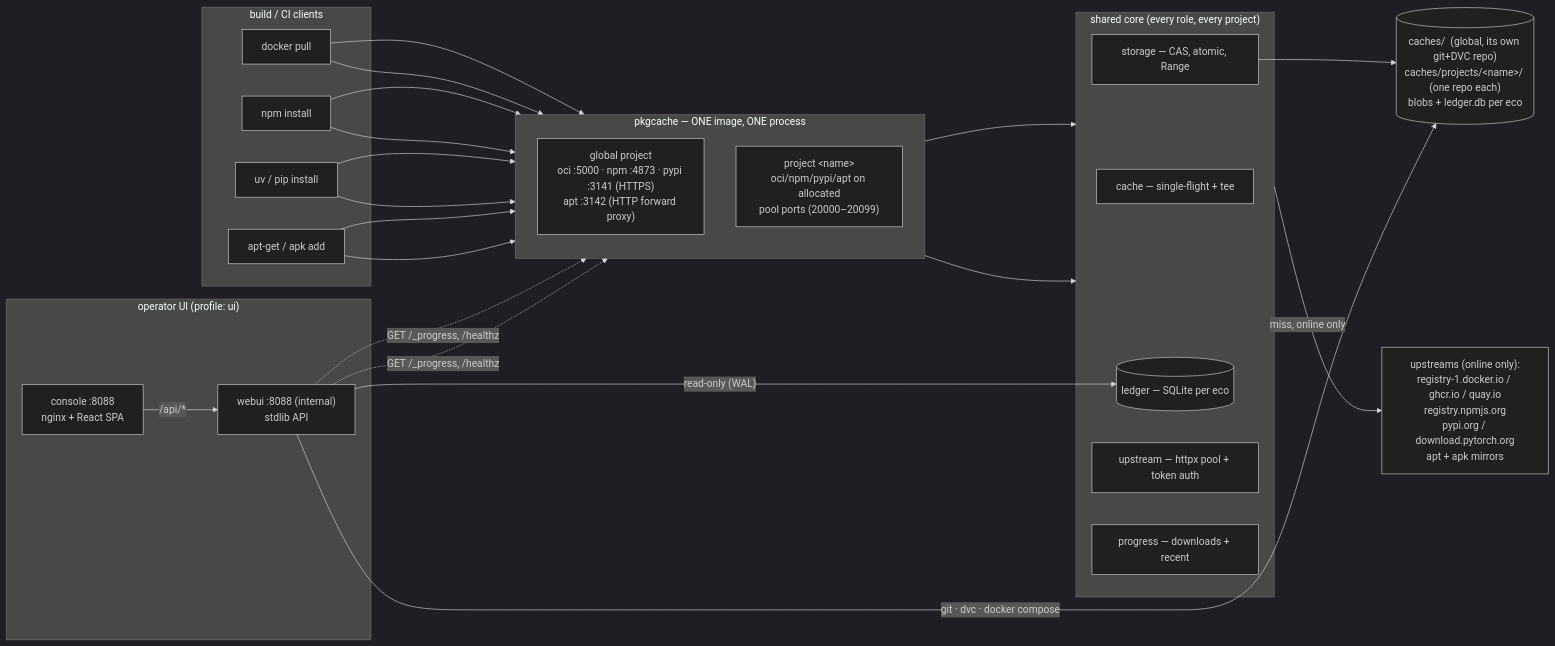
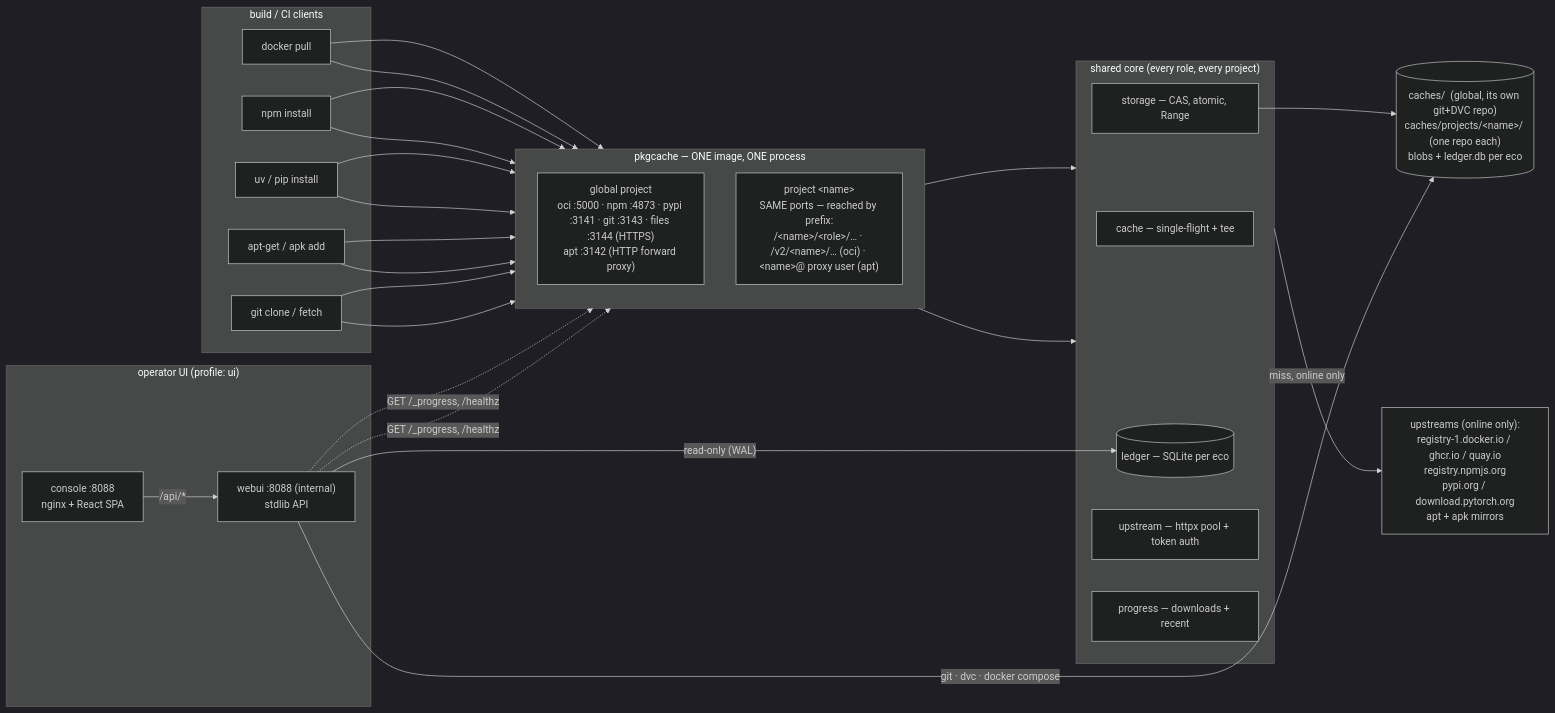
The first of 7 diagrams in README.md (aabdlwahab/PKGCache), drawn with Mermaid (dark theme) before and after one commit. The commit also changed other lines of this file and 53 other files, not shown here.

````diff
--- a/README.md
+++ b/README.md
@@ -178,44 +208,46 @@
 ```mermaid
 flowchart LR
   subgraph clients["build / CI clients"]
     dk["docker pull"]
     np["npm install"]
     pp["uv / pip install"]
     at["apt-get / apk add"]
+    gt["git clone / fetch"]
   end
 
   subgraph image["pkgcache — ONE image, ONE process"]
     direction TB
-    g["global project\noci :5000 · npm :4873 · pypi :3141 (HTTPS)\napt :3142 (HTTP forward proxy)"]
-    p["project &lt;name&gt;\noci/npm/pypi/apt on allocated\npool ports (20000–20099)"]
+    g["global project\noci :5000 · npm :4873 · pypi :3141 · git :3143 · files :3144 (HTTPS)\napt :3142 (HTTP forward proxy)"]
+    p["project &lt;name&gt;\nSAME ports — reached by prefix:\n/&lt;name&gt;/&lt;role&gt;/… · /v2/&lt;name&gt;/… (oci) · &lt;name&gt;@ proxy user (apt)"]
   end
 
   subgraph core["shared core (every role, every project)"]
     cache["cache — single-flight + tee"]
     st["storage — CAS, atomic, Range"]
     led[("ledger — SQLite per eco")]
     up["upstream — httpx pool + token auth"]
     pr["progress — downloads + recent"]
   end
 
   ups["upstreams (online only):\nregistry-1.docker.io / ghcr.io / quay.io\nregistry.npmjs.org\npypi.org / download.pytorch.org\napt + apk mirrors"]
 
   subgraph ui["operator UI (profile: ui)"]
     console["console :8088\nnginx + React SPA"]
     webui["webui :8088 (internal)\nstdlib API"]
   end
 
   dvc[("caches/  (global, its own git+DVC repo)\ncaches/projects/&lt;name&gt;/ (one repo each)\nblobs + ledger.db per eco")]
 
   dk --> g & p
   np --> g & p
   pp --> g & p
   at --> g & p
+  gt --> g & p
   g & p --> core
   core -->|"miss, online only"| ups
   st --> dvc
   console -->|"/api/*"| webui
   webui -->|"read-only (WAL)"| led
   webui -.->|"GET /_progress, /healthz"| g & p
   webui -->|"git · dvc · docker compose"| dvc
 ```
````
